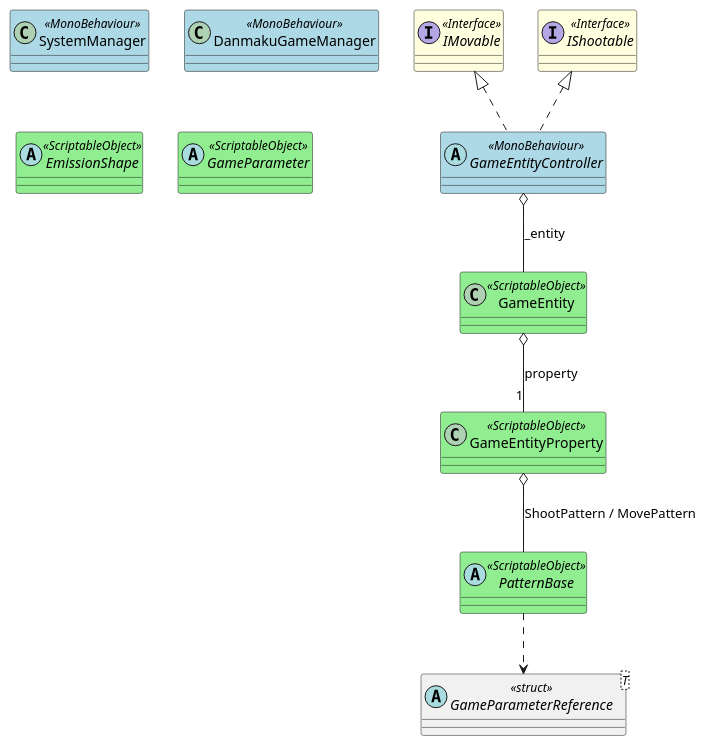
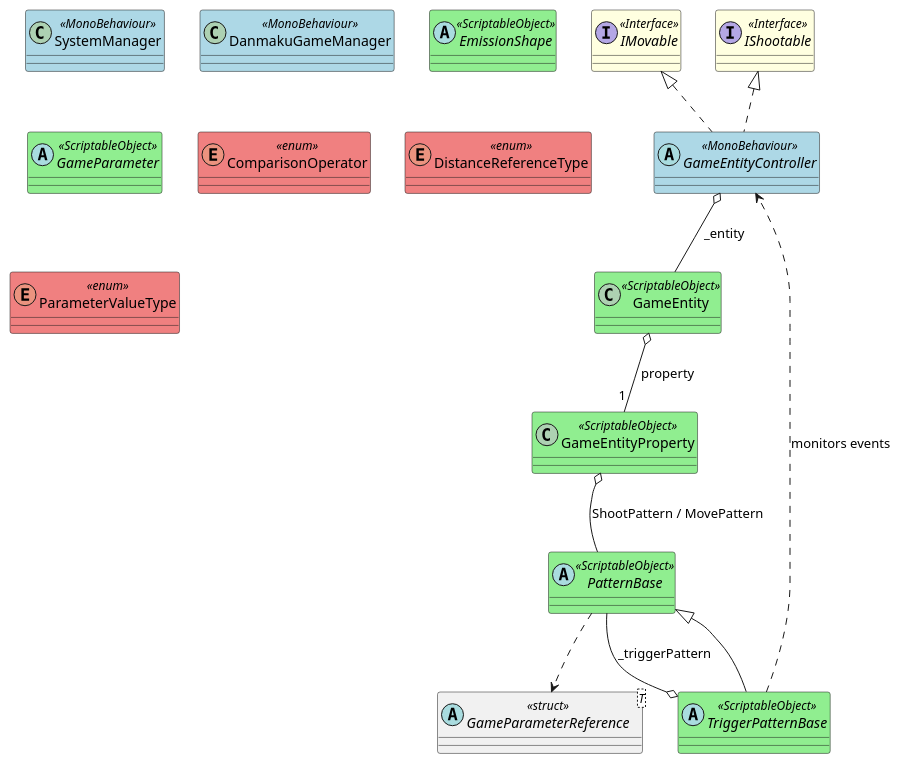
Before and after one commit to himitu-da/Touhou-Spell-Up: the diagram in CurrentClassDiagram_01_Core.puml, drawn with PlantUML. The commit also changed 64 other files, not shown here.

```diff
--- a/CurrentClassDiagram_01_Core.puml
+++ b/CurrentClassDiagram_01_Core.puml
@@ -1,37 +1,47 @@
 @startuml ClassDiagram_01_Core
-' v0.1.12
+' v0.1.13 - TriggerPatternシステム追加
 ' ステレオタイプの色設定
 skinparam class {
     BackgroundColor<<MonoBehaviour>> LightBlue
     BackgroundColor<<ScriptableObject>> LightGreen
     BackgroundColor<<Interface>> LightYellow
+    BackgroundColor<<enum>> LightCoral
 }
 
 ' --- Interfaces ---
 interface IMovable <<Interface>>
 interface IShootable <<Interface>>
 
 ' --- Managers ---
 class SystemManager <<MonoBehaviour>>
 class DanmakuGameManager <<MonoBehaviour>>
 
 ' --- Core Abstract Classes ---
 abstract class GameEntityController <<MonoBehaviour>>
 class GameEntity <<ScriptableObject>>
 class GameEntityProperty <<ScriptableObject>>
 abstract class PatternBase <<ScriptableObject>>
+abstract class TriggerPatternBase <<ScriptableObject>>
 abstract class EmissionShape <<ScriptableObject>>
 abstract class GameParameter <<ScriptableObject>>
 abstract class "GameParameterReference<T>" as GameParameterReference_T <<struct>>
 
+' --- Enums ---
+enum ComparisonOperator <<enum>>
+enum DistanceReferenceType <<enum>>
+enum ParameterValueType <<enum>>
+
 ' --- 継承関係 ---
 IMovable <|.. GameEntityController
 IShootable <|.. GameEntityController
+PatternBase <|-- TriggerPatternBase
 
 ' --- 関連 ---
 GameEntityController o-- GameEntity : "_entity"
 GameEntity o-- "1" GameEntityProperty : "property"
 GameEntityProperty o-- PatternBase : "ShootPattern / MovePattern"
 PatternBase ..> GameParameterReference_T
+TriggerPatternBase o-- PatternBase : "_triggerPattern"
+TriggerPatternBase ..> GameEntityController : "monitors events"
 
 @enduml
```
